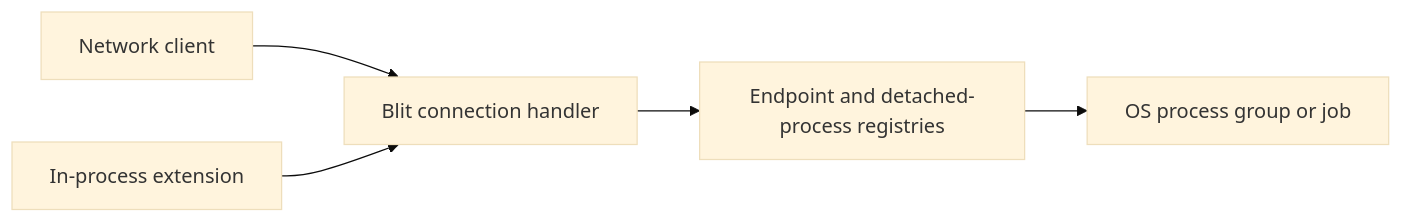
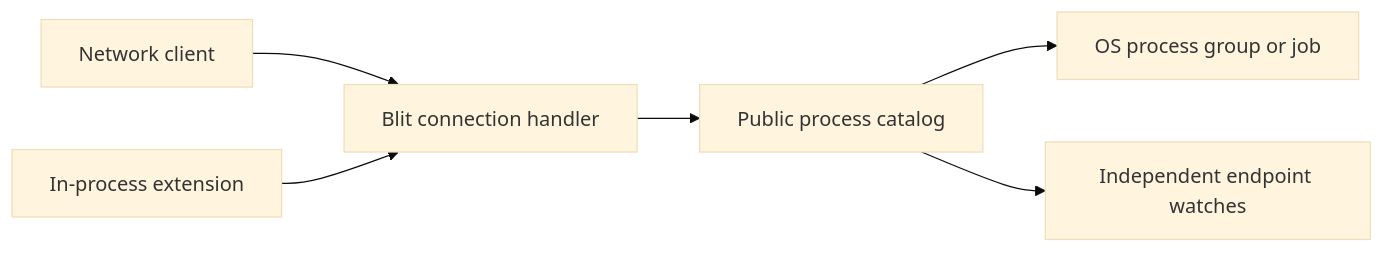
One commit to indent-com/blit changed the diagram in docs/design/processes.md. Above: the diagram before and after it, drawn with Mermaid (base theme). The commit also changed other lines of this file and 12 other files, not shown here.

````diff
--- a/docs/design/processes.md
+++ b/docs/design/processes.md
@@ -19,7 +25,8 @@
 ```mermaid
 flowchart LR
     Network["Network client"] --> Handler["Blit connection handler"]
     Extension["In-process extension"] --> Handler
-    Handler --> Registry["Endpoint and detached-process registries"]
-    Registry --> Child["OS process group or job"]
+    Handler --> Catalog["Public process catalog"]
+    Catalog --> Child["OS process group or job"]
+    Catalog --> Watchers["Independent endpoint watches"]
 ```
````
